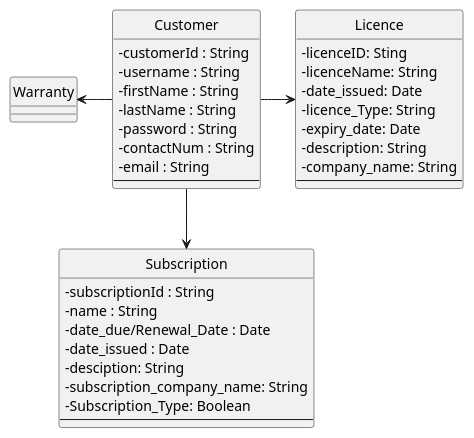
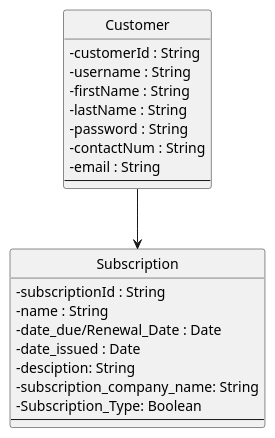
The diagram in diagrams/domainClassDiagram.puml (62firelight/SubTrack), drawn with PlantUML before and after one commit.

Commit message:
Changes after talk with luke

```diff
--- a/diagrams/domainClassDiagram.puml
+++ b/diagrams/domainClassDiagram.puml
@@ -1,64 +1,54 @@
 @startuml
 
 skinparam {
     Style strictuml
     RoundCorner 5
     ' use characters instead of icons for showing visibility
     ClassAttributeIconSize 0
     Database {
 	' the default border no longer matches the normal colours (bug?), so fix this
 	BorderColor #A80036
     }
     Sequence {
 	' make activations yellow too
 	LifeLineBackgroundColor #FDFDCD
 
 	' make stereotypes less ugly
 	Stereotype {
 		Font {
 			Size 11
 			Style plain
 		}
 	}
     }
 }
  
 class "Customer" as customer {
     -customerId : String
     -username : String
     -firstName : String
     -lastName : String
     -password : String
     -contactNum : String
     -email : String
     '-card_details? 
   --
 }
 
 class "Subscription" as sub {
     -subscriptionId : String
     -name : String
     -date_due/Renewal_Date : Date
     -date_issued : Date
     -desciption: String
     -subscription_company_name: String
     -Subscription_Type: Boolean
   --
 }
  
 
-class "Licence" as licence {
-  -licenceID: Sting
-  -licenceName: String
-  -date_issued: Date
-  -licence_Type: String
-  -expiry_date: Date
-  -description: String
-  -company_name: String
- --
- }
+
 customer -down-> sub
-customer -right-> licence
-customer -left-> Warranty
+
 
 @enduml
```
